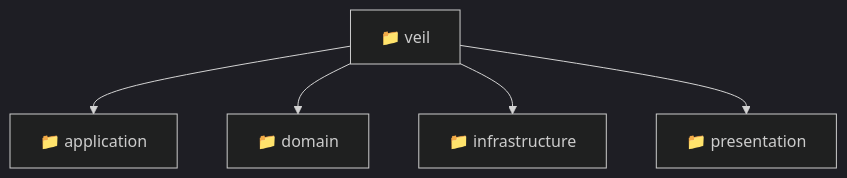
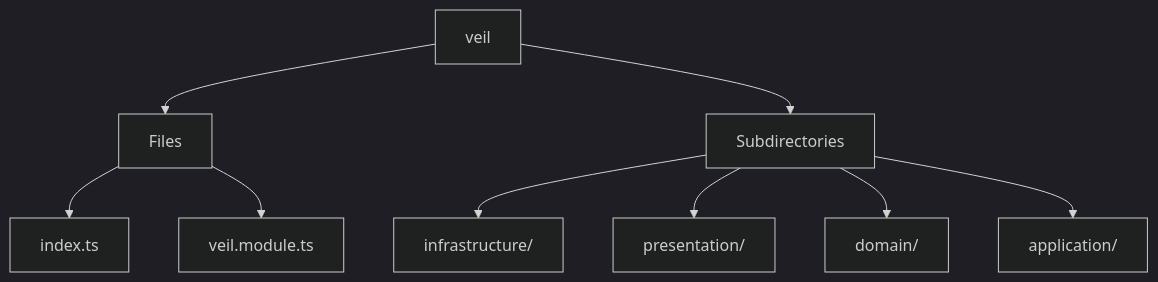
Before and after one commit to beginwebdev2002/fullstack-mavluda: the diagram in backend/src/modules/veil/README.md, drawn with Mermaid (dark theme). The commit also changed other lines of this file and 167 other files, not shown here.

````diff
--- a/backend/src/modules/veil/README.md
+++ b/backend/src/modules/veil/README.md
@@ -9,8 +12,11 @@
 ```mermaid
 graph TD
-  veil["📁 veil"]
-  veil --> application["📁 application"]
-  veil --> domain["📁 domain"]
-  veil --> infrastructure["📁 infrastructure"]
-  veil --> presentation["📁 presentation"]
+  veil --> Files
+  Files --> index_ts[index.ts]
+  Files --> veil_module_ts[veil.module.ts]
+  veil --> Subdirectories
+  Subdirectories --> infrastructure[infrastructure/]
+  Subdirectories --> presentation[presentation/]
+  Subdirectories --> domain[domain/]
+  Subdirectories --> application[application/]
 ```
````
